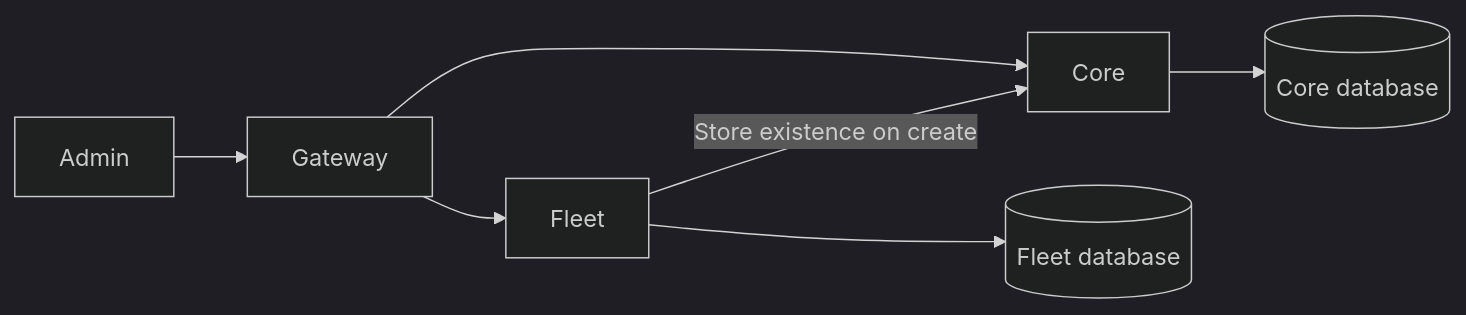
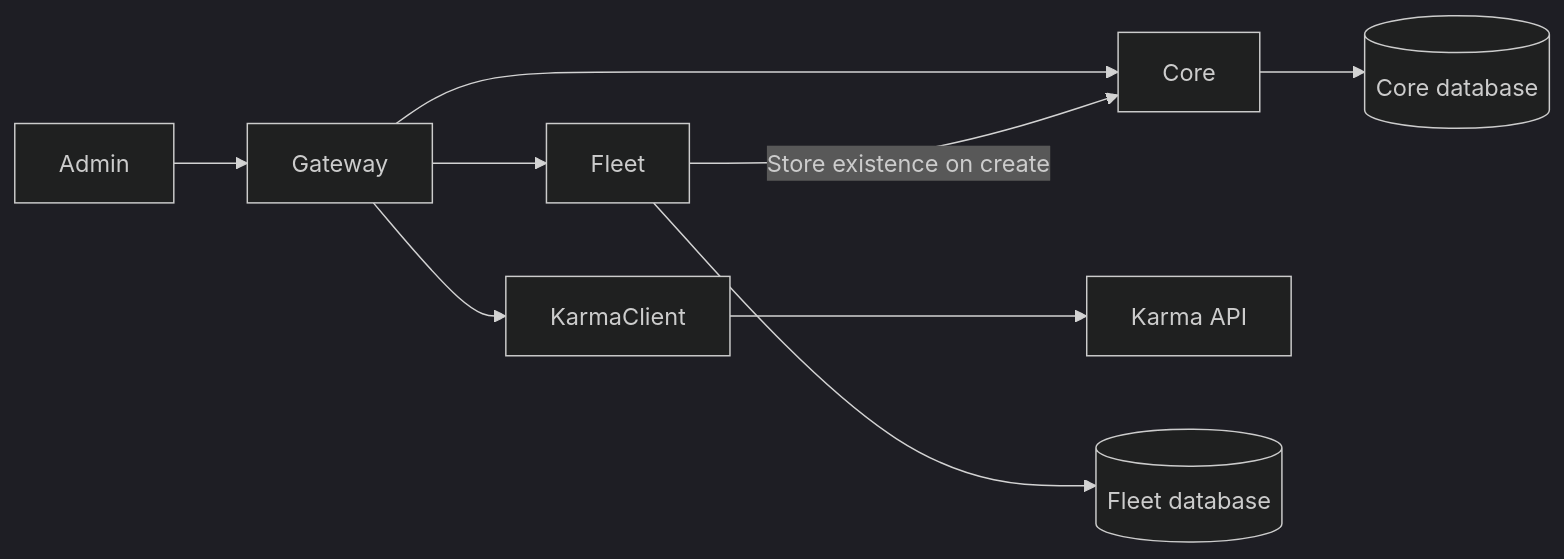
The diagram in docs/architecture/overview.md (agavazov/holita), drawn with Mermaid (dark theme) before and after one commit. The commit also changed other lines of this file and 66 other files, not shown here.

Commit message:
feat: add Karma Client backend and shared admin truck listing

````diff
--- a/docs/architecture/overview.md
+++ b/docs/architecture/overview.md
@@ -13,9 +14,11 @@
 ```mermaid
 flowchart LR
   Admin --> Gateway
   Gateway --> Core
   Gateway --> Fleet
+  Gateway --> KarmaClient
+  KarmaClient --> KarmaAPI[Karma API]
   Core --> CoreDB[(Core database)]
   Fleet --> FleetDB[(Fleet database)]
   Fleet -->|Store existence on create| Core
 ```
````
